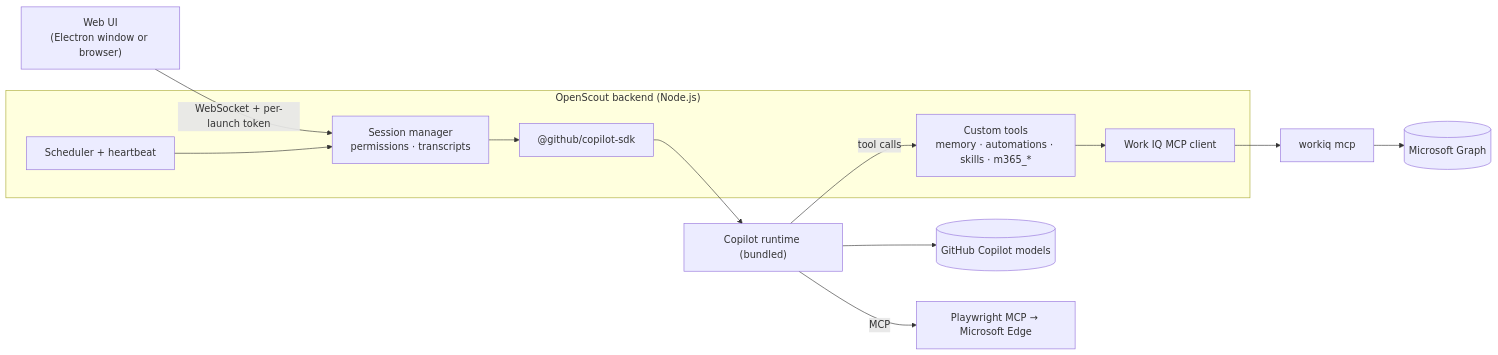
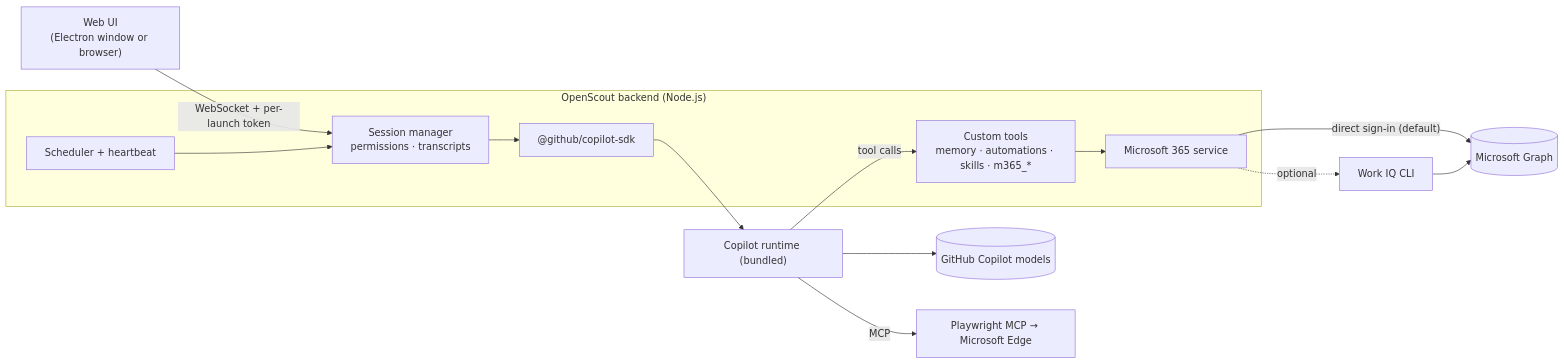
Before and after one commit to peterxing/openscout: the diagram in README.md, drawn with Mermaid. The commit also changed other lines of this file and 22 other files, not shown here.

First line of the commit message:
Add direct Microsoft 365 sign-in and a student mode

````diff
--- a/README.md
+++ b/README.md
@@ -31,13 +33,15 @@
 ```mermaid
 flowchart LR
   UI["Web UI<br/>(Electron window or browser)"] -- "WebSocket + per-launch token" --> SM
   subgraph Backend["OpenScout backend (Node.js)"]
     SM["Session manager<br/>permissions · transcripts"] --> SDK["@github/copilot-sdk"]
     Tools["Custom tools<br/>memory · automations · skills · m365_*"]
     Sched["Scheduler + heartbeat"] --> SM
-    WIQ["Work IQ MCP client"]
+    M365["Microsoft 365 service"]
   end
   SDK --> RT["Copilot runtime (bundled)"] --> GH[("GitHub Copilot models")]
   RT -- "MCP" --> PW["Playwright MCP → Microsoft Edge"]
-  RT -- "tool calls" --> Tools --> WIQ --> W["workiq mcp"] --> G[("Microsoft Graph")]
+  RT -- "tool calls" --> Tools --> M365
+  M365 -- "direct sign-in (default)" --> G[("Microsoft Graph")]
+  M365 -. "optional" .-> W["Work IQ CLI"] --> G
 ```
````
